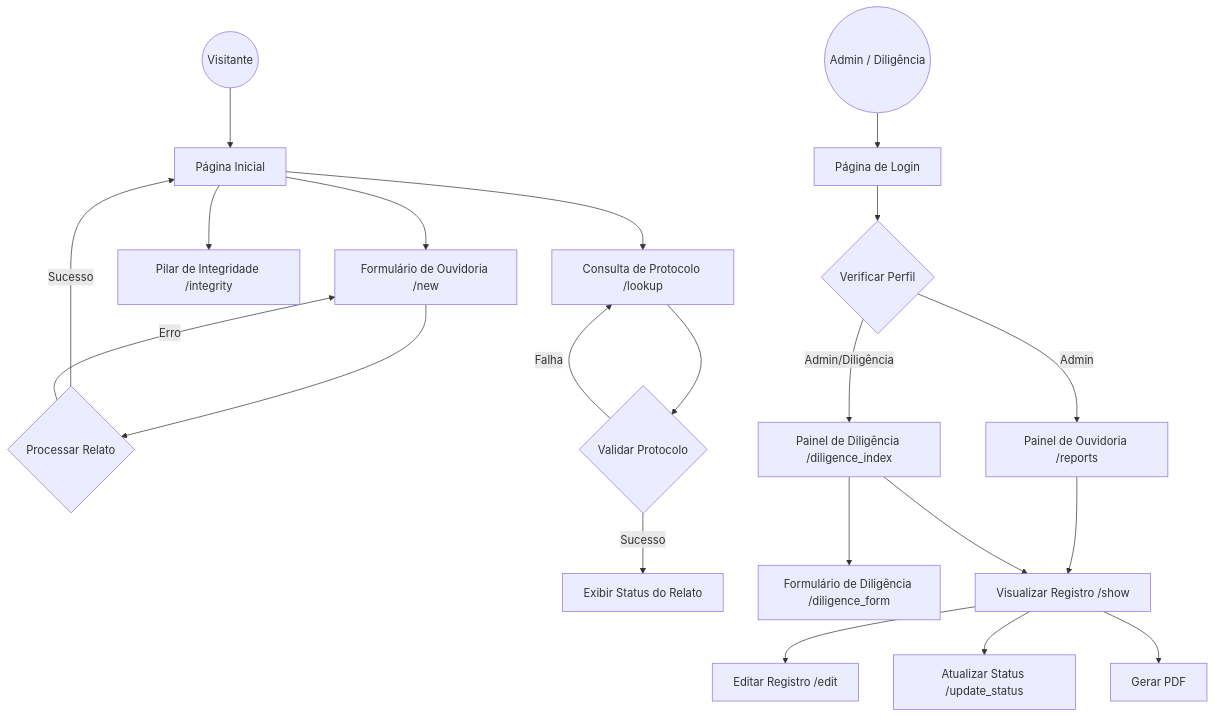
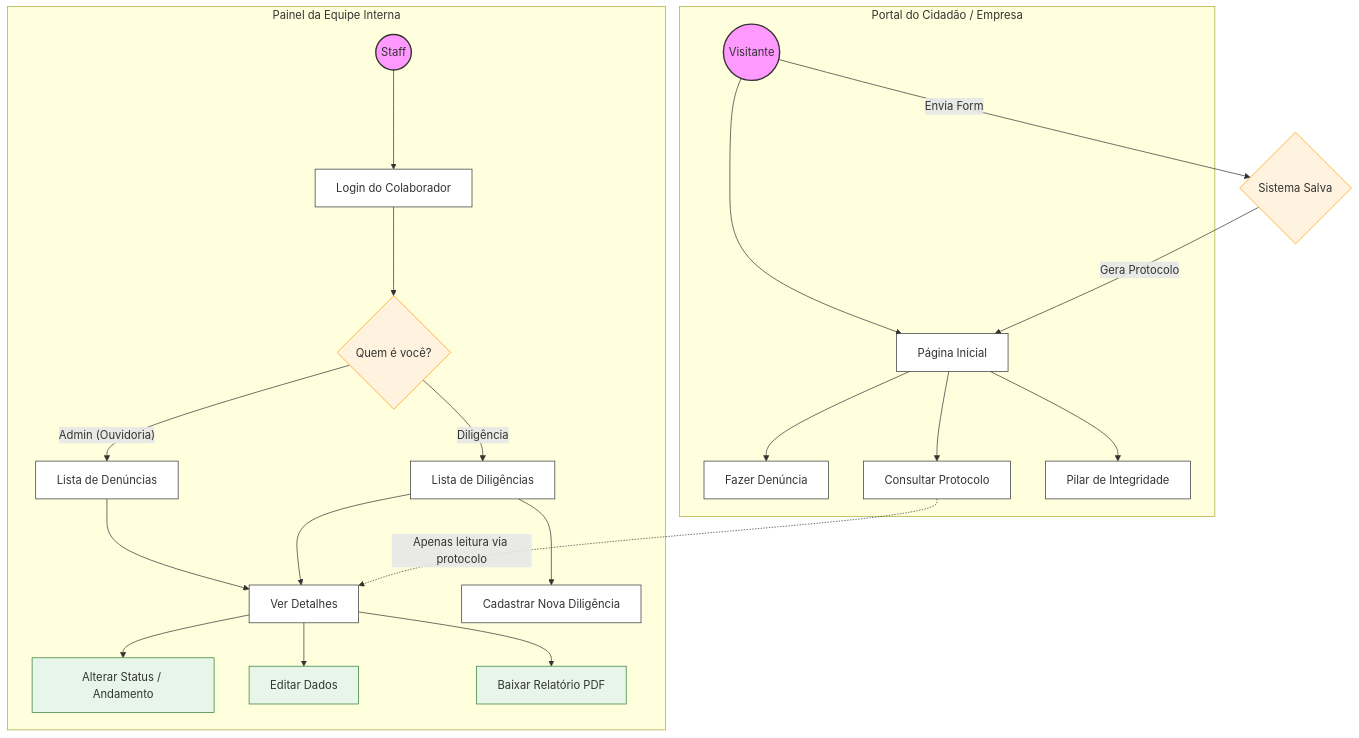
One commit to AugustoNP/whistleblowing_system changed the diagram in README.md. Above: the diagram before and after it, drawn with Mermaid.

Commit message:
docs: finalize logic flow diagrams

````diff
--- a/README.md
+++ b/README.md
@@ -68,32 +68,43 @@
-~~~mermaid
+```mermaid
 graph TD
-    User((Visitante))
-    Staff((Admin / Diligência))
+    %% Estilização para clareza
+    classDef actor fill:#f9f,stroke:#333,stroke-width:2px;
+    classDef page fill:#fff,stroke:#333,stroke-width:1px;
+    classDef logic fill:#fff3e0,stroke:#ff9800;
+    classDef action fill:#e8f5e9,stroke:#2e7d32;
 
-    User --> Root[Página Inicial]
-    Root --> Whistle[Formulário de Ouvidoria /new]
-    Root --> Integrity[Pilar de Integridade /integrity]
-    Root --> Lookup[Consulta de Protocolo /lookup]
+    %% Acesso Externo
+    subgraph Portal_Publico [Portal do Cidadão / Empresa]
+        User((Visitante)):::actor --> Root[Página Inicial]:::page
+        Root --> Whistle[Fazer Denúncia]:::page
+        Root --> Lookup[Consultar Protocolo]:::page
+        Root --> Integrity[Pilar de Integridade]:::page
+    end
 
-    Whistle --> Create{Processar Relato}
-    Create -- Sucesso --> Root
-    Create -- Erro --> Whistle
+    %% Camada de Proteção
+    User -- Envia Form --> SavePublic{Sistema Salva}:::logic
+    SavePublic -->|Gera Protocolo| Root
 
-    Lookup --> Search{Validar Protocolo}
-    Search -- Sucesso --> Status[Exibir Status do Relato]
-    Search -- Falha --> Lookup
+    %% Área Administrativa
+    subgraph Area_Restrita [Painel da Equipe Interna]
+        Staff((Staff)):::actor --> Login[Login do Colaborador]:::page
+        Login --> Auth{Quem é você?}:::logic
 
-    Staff --> Login[Página de Login]
-    Login --> Dash{Verificar Perfil}
+        %% Caminhos de Visualização
+        Auth -- "Admin (Ouvidoria)" --> AdminIndex[Lista de Denúncias]:::page
+        Auth -- "Diligência" --> DilIndex[Lista de Diligências]:::page
 
-    Dash -- Admin --> AdminIndex[Painel de Ouvidoria /reports]
-    Dash -- Admin/Diligência --> DilIndex[Painel de Diligência /diligence_index]
+        %% Ações Comuns
+        AdminIndex --> Show[Ver Detalhes]:::page
+        DilIndex --> Show
+        DilIndex --> DilForm[Cadastrar Nova Diligência]:::page
 
-    DilIndex --> DilForm[Formulário de Diligência /diligence_form]
-    AdminIndex --> Show[Visualizar Registro /show]
-    DilIndex --> Show
-    
-    Show --> Edit[Editar Registro /edit]
-    Show --> StatusUpdate[Atualizar Status /update_status]
-    Show --> PDF[Gerar PDF]
-~~~
+        %% Ferramentas de Gestão
+        Show --> Status[Alterar Status / Andamento]:::action
+        Show --> Edit[Editar Dados]:::action
+        Show --> PDF[Baixar Relatório PDF]:::action
+    end
+
+    %% Conexão de Segurança
+    Lookup -.->|Apenas leitura via protocolo| Show
+```
````
